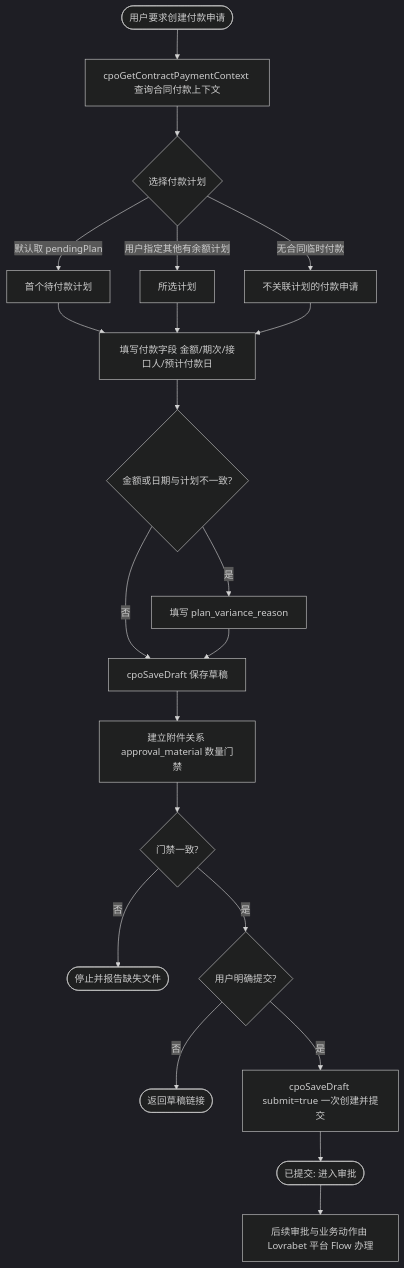
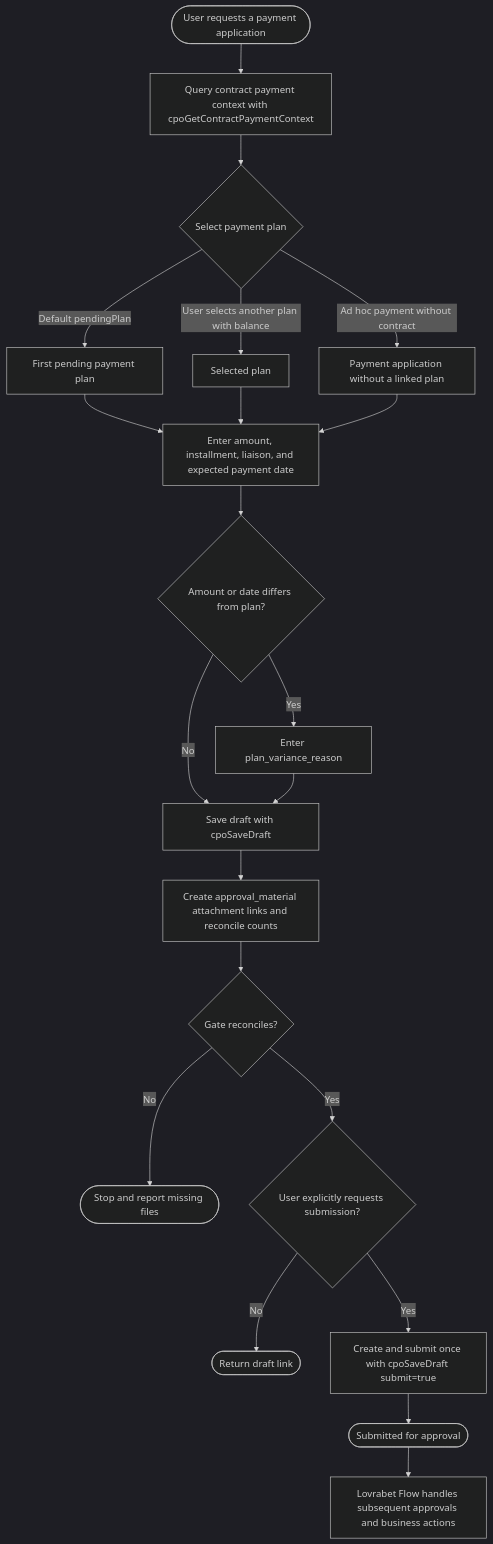
One commit to lovrabet/ei-demo changed the diagram in .agents/skills/cpo-payment-application/SKILL.md. Above: the diagram before and after it, drawn with Mermaid (dark theme). The commit also changed other lines of this file and 80 other files, not shown here.

````diff
--- a/.agents/skills/cpo-payment-application/SKILL.md
+++ b/.agents/skills/cpo-payment-application/SKILL.md
@@ -14,23 +14,23 @@
 ```mermaid
 flowchart TD
-  Start([用户要求创建付款申请]) --> L1[cpoGetContractPaymentContext 查询合同付款上下文]
-  L1 --> L2{选择付款计划}
-  L2 -- 默认取 pendingPlan --> L3[首个待付款计划]
-  L2 -- 用户指定其他有余额计划 --> L4[所选计划]
-  L2 -- 无合同临时付款 --> L5[不关联计划的付款申请]
+  Start([User requests a payment application]) --> L1[Query contract payment context with cpoGetContractPaymentContext]
+  L1 --> L2{Select payment plan}
+  L2 -- Default pendingPlan --> L3[First pending payment plan]
+  L2 -- User selects another plan with balance --> L4[Selected plan]
+  L2 -- Ad hoc payment without contract --> L5[Payment application without a linked plan]
   L3 --> F1
   L4 --> F1
-  L5 --> F1[填写付款字段 金额/期次/接口人/预计付款日]
-  F1 --> F2{金额或日期与计划不一致?}
-  F2 -- 是 --> F3[填写 plan_variance_reason]
-  F2 -- 否 --> F4
-  F3 --> F4[cpoSaveDraft 保存草稿]
-  F4 --> F5[建立附件关系 approval_material 数量门禁]
-  F5 --> F6{门禁一致?}
-  F6 -- 否 --> Stop1([停止并报告缺失文件])
-  F6 -- 是 --> F7{用户明确提交?}
-  F7 -- 否 --> E1([返回草稿链接])
-  F7 -- 是 --> F8[cpoSaveDraft submit=true 一次创建并提交]
-  F8 --> F9([已提交: 进入审批])
-  F9 --> F10[后续审批与业务动作由 Lovrabet 平台 Flow 办理]
+  L5 --> F1[Enter amount, installment, liaison, and expected payment date]
+  F1 --> F2{Amount or date differs from plan?}
+  F2 -- Yes --> F3[Enter plan_variance_reason]
+  F2 -- No --> F4
+  F3 --> F4[Save draft with cpoSaveDraft]
+  F4 --> F5[Create approval_material attachment links and reconcile counts]
+  F5 --> F6{Gate reconciles?}
+  F6 -- No --> Stop1([Stop and report missing files])
+  F6 -- Yes --> F7{User explicitly requests submission?}
+  F7 -- No --> E1([Return draft link])
+  F7 -- Yes --> F8[Create and submit once with cpoSaveDraft submit=true]
+  F8 --> F9([Submitted for approval])
+  F9 --> F10[Lovrabet Flow handles subsequent approvals and business actions]
 ```
````
